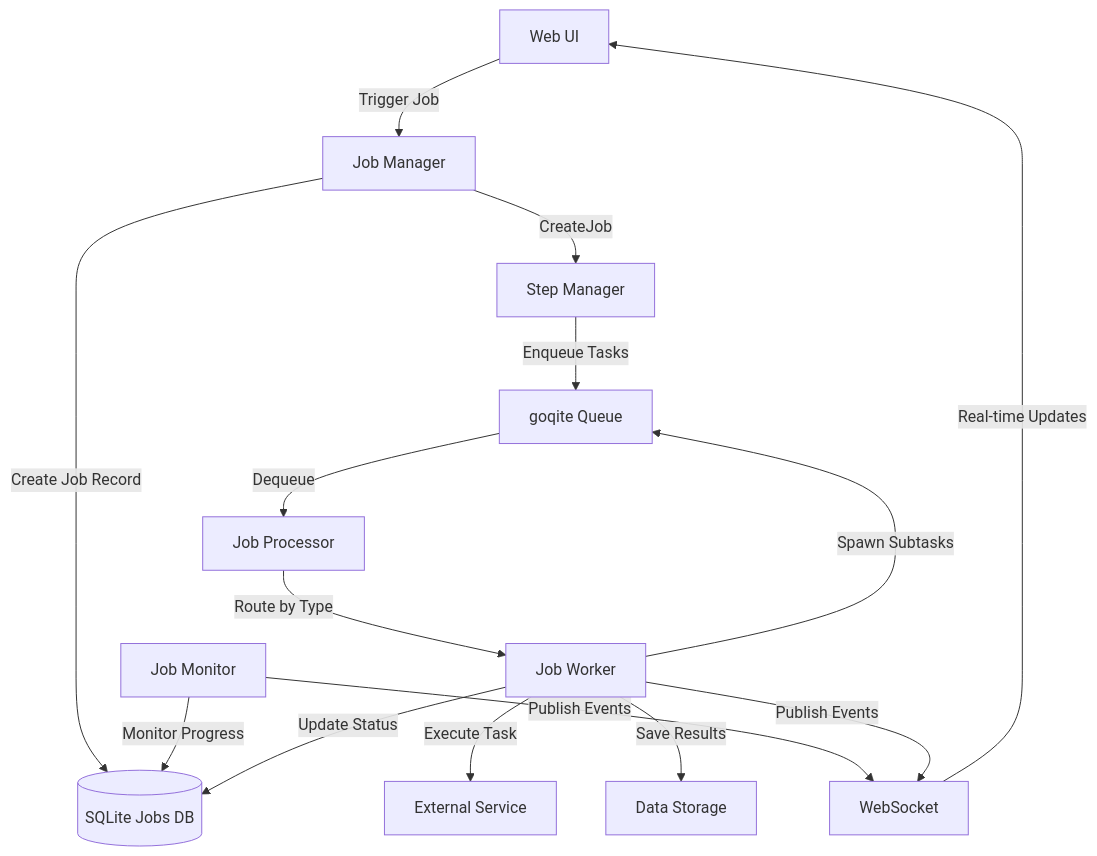
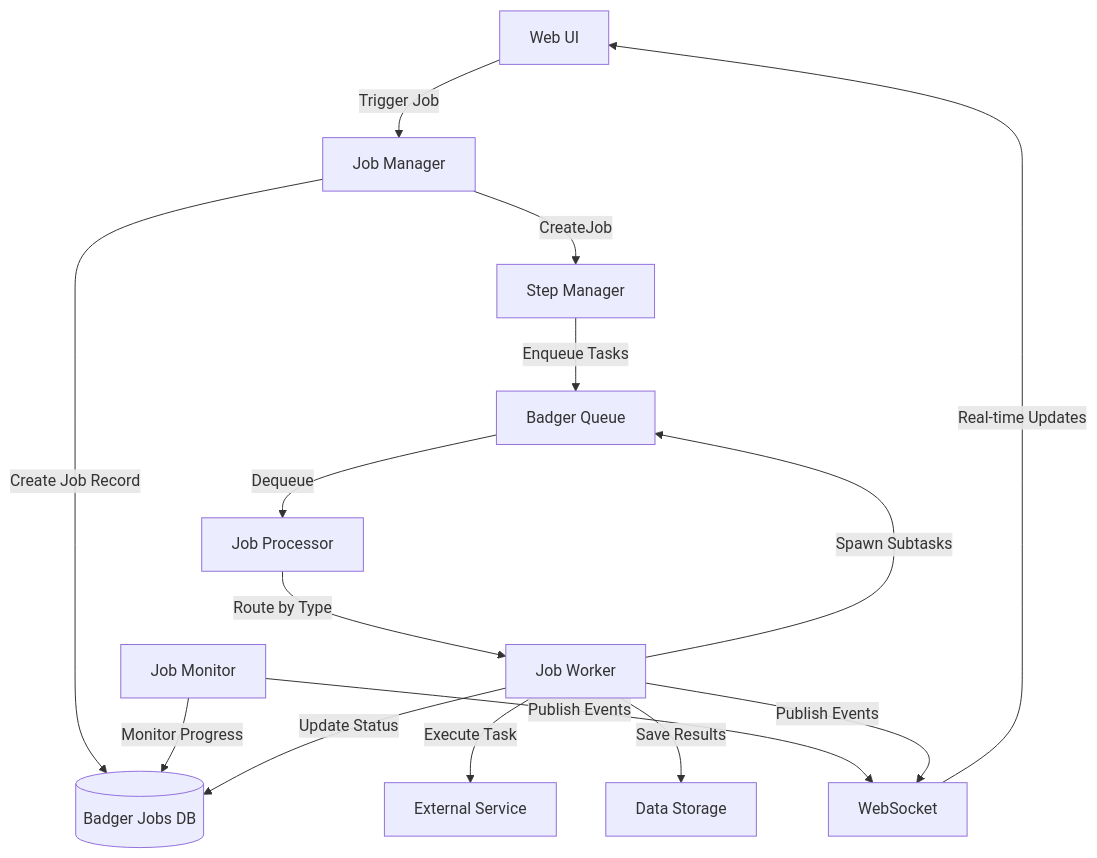
Before and after one commit to ternarybob/quaero: the first of 2 diagrams in docs/architecture/MANAGER_WORKER_ARCHITECTURE.md, drawn with Mermaid. The commit also changed other lines of this file and 100 other files, not shown here.

````diff
--- a/docs/architecture/MANAGER_WORKER_ARCHITECTURE.md
+++ b/docs/architecture/MANAGER_WORKER_ARCHITECTURE.md
@@ -23,20 +23,20 @@
 ```mermaid
 graph TB
     UI[Web UI] -->|Trigger Job| Manager[Job Manager]
-    Manager -->|Create Job Record| DB[(SQLite Jobs DB)]
+    Manager -->|Create Job Record| DB[(Badger Jobs DB)]
     Manager -->|CreateJob| StepMgr[Step Manager]
-    StepMgr -->|Enqueue Tasks| Queue[goqite Queue]
+    StepMgr -->|Enqueue Tasks| Queue[Badger Queue]
 
     Queue -->|Dequeue| Processor[Job Processor]
     Processor -->|Route by Type| Worker[Job Worker]
     Worker -->|Execute Task| Service[External Service]
     Worker -->|Save Results| Storage[Data Storage]
     Worker -->|Spawn Subtasks| Queue
 
     Monitor[Job Monitor] -->|Monitor Progress| DB
     Monitor -->|Publish Events| WS[WebSocket]
     WS -->|Real-time Updates| UI
 
     Worker -->|Update Status| DB
     Worker -->|Publish Events| WS
 ```
````
